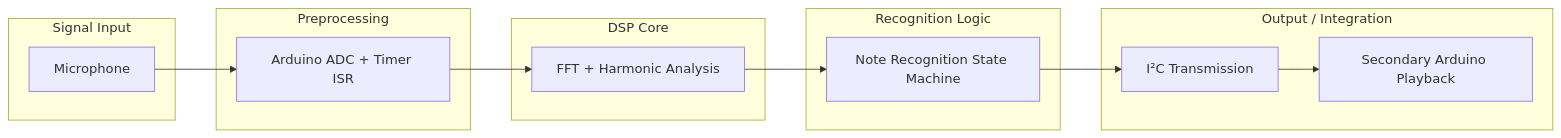
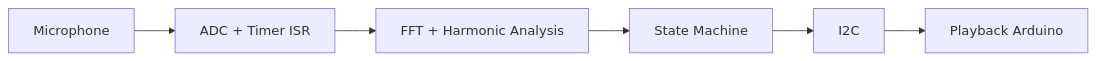
The diagram in projects/note_recognition.md (NirC1/NirC1.github.io), drawn with Mermaid before and after one commit. The commit also changed other lines of this file and 2 other files, not shown here.

````diff
--- a/projects/note_recognition.md
+++ b/projects/note_recognition.md
@@ -51,25 +17,4 @@
 ```mermaid
 flowchart LR
-    subgraph input[Signal Input]
-        mic[Microphone]
-    end
-
-    subgraph preprocessing[Preprocessing]
-        adc[Arduino ADC + Timer ISR]
-    end
-
-    subgraph dsp[DSP Core]
-        fft[FFT + Harmonic Analysis]
-    end
-
-    subgraph logic[Recognition Logic]
-        recog[Note Recognition State Machine]
-    end
-
-    subgraph output[Output / Integration]
-        i2c[I²C Transmission]
-        playback[Secondary Arduino Playback]
-    end
-
-    mic --> adc --> fft --> recog --> i2c --> playback
+    mic[Microphone] --> adc[ADC + Timer ISR] --> fft[FFT + Harmonic Analysis] --> sm[State Machine] --> i2c[I2C] --> playback[Playback Arduino]
 ```
````
